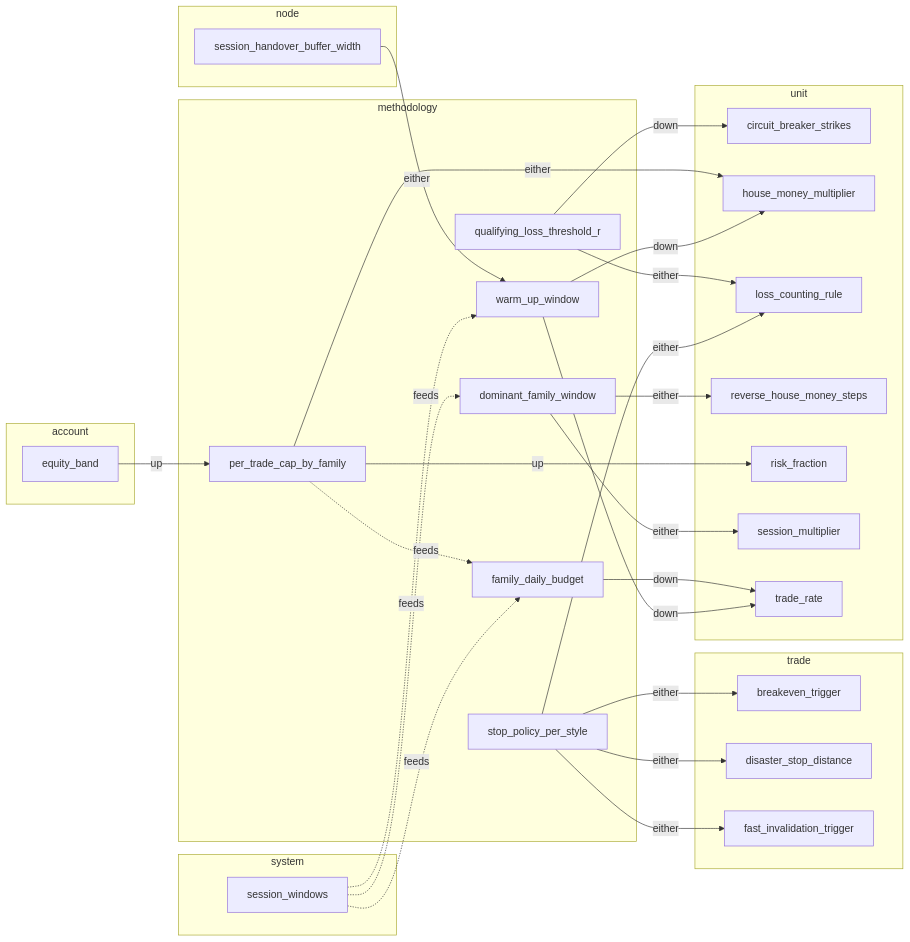
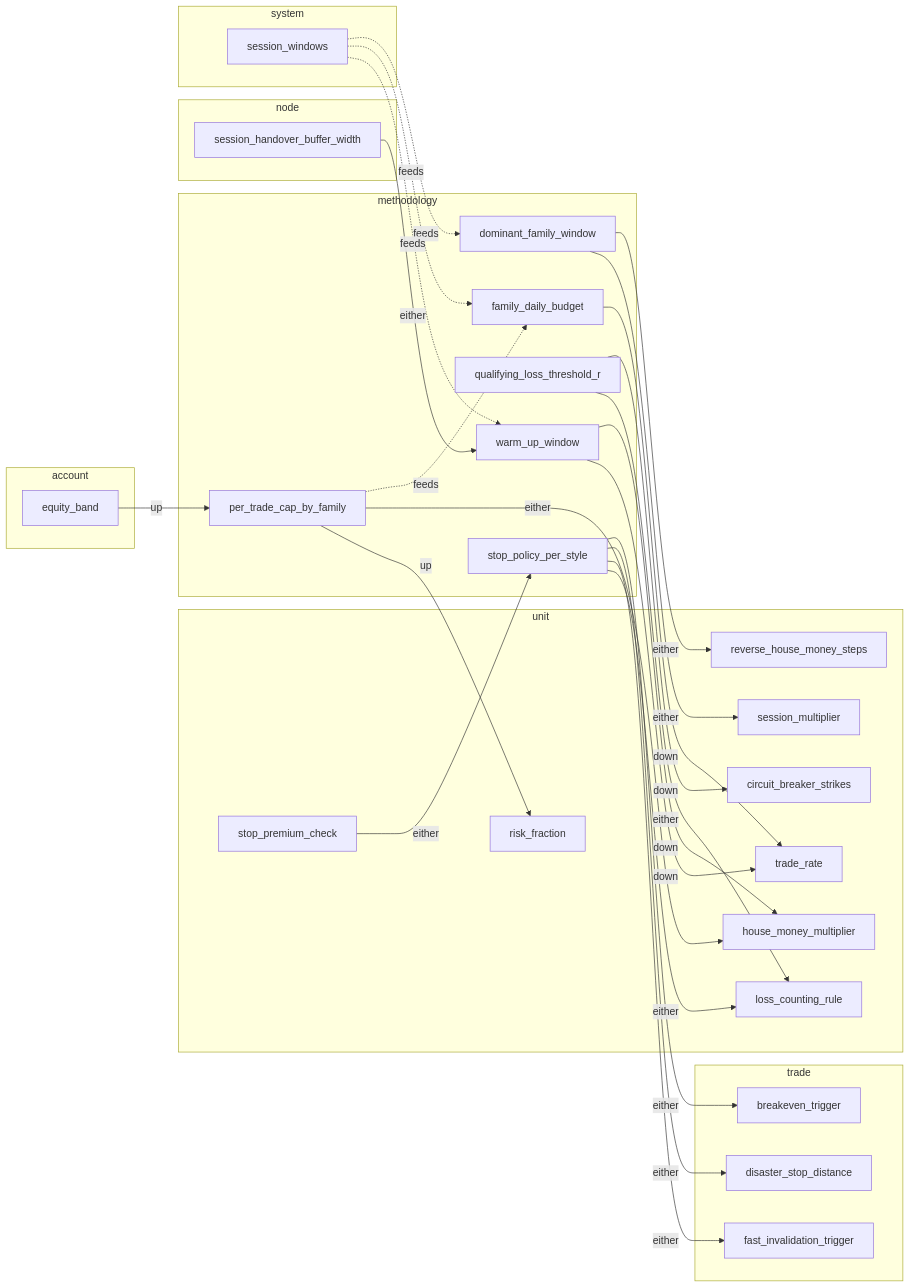
Before and after one commit to mubarakhimself-byte/QMX: the sixth of 10 diagrams in tracker/risk-core/ledger/couplings.md, drawn with Mermaid. The commit also changed other lines of this file and 5 other files, not shown here.

````diff
--- a/tracker/risk-core/ledger/couplings.md
+++ b/tracker/risk-core/ledger/couplings.md
@@ -1627,53 +1908,55 @@
 ```mermaid
 flowchart LR
   subgraph L_trade["trade"]
     breakeven_trigger["breakeven_trigger"]
     disaster_stop_distance["disaster_stop_distance"]
     fast_invalidation_trigger["fast_invalidation_trigger"]
   end
   subgraph L_unit["unit"]
     circuit_breaker_strikes["circuit_breaker_strikes"]
     house_money_multiplier["house_money_multiplier"]
     loss_counting_rule["loss_counting_rule"]
     reverse_house_money_steps["reverse_house_money_steps"]
     risk_fraction["risk_fraction"]
     session_multiplier["session_multiplier"]
+    stop_premium_check["stop_premium_check"]
     trade_rate["trade_rate"]
   end
   subgraph L_methodology["methodology"]
     dominant_family_window["dominant_family_window"]
     family_daily_budget["family_daily_budget"]
     per_trade_cap_by_family["per_trade_cap_by_family"]
     qualifying_loss_threshold_r["qualifying_loss_threshold_r"]
     stop_policy_per_style["stop_policy_per_style"]
     warm_up_window["warm_up_window"]
   end
   subgraph L_account["account"]
     equity_band["equity_band"]
   end
   subgraph L_node["node"]
     session_handover_buffer_width["session_handover_buffer_width"]
   end
   subgraph L_system["system"]
     session_windows["session_windows"]
   end
   dominant_family_window -->|either| reverse_house_money_steps
   dominant_family_window -->|either| session_multiplier
   equity_band -->|up| per_trade_cap_by_family
   family_daily_budget -->|down| trade_rate
   per_trade_cap_by_family -.->|feeds| family_daily_budget
   per_trade_cap_by_family -->|either| house_money_multiplier
   per_trade_cap_by_family -->|up| risk_fraction
   qualifying_loss_threshold_r -->|down| circuit_breaker_strikes
   qualifying_loss_threshold_r -->|either| loss_counting_rule
   session_handover_buffer_width -->|either| warm_up_window
   session_windows -.->|feeds| dominant_family_window
   session_windows -.->|feeds| family_daily_budget
   session_windows -.->|feeds| warm_up_window
   stop_policy_per_style -->|either| breakeven_trigger
   stop_policy_per_style -->|either| disaster_stop_distance
   stop_policy_per_style -->|either| fast_invalidation_trigger
   stop_policy_per_style -->|either| loss_counting_rule
+  stop_premium_check -->|either| stop_policy_per_style
   warm_up_window -->|down| house_money_multiplier
   warm_up_window -->|down| trade_rate
 ```
````
